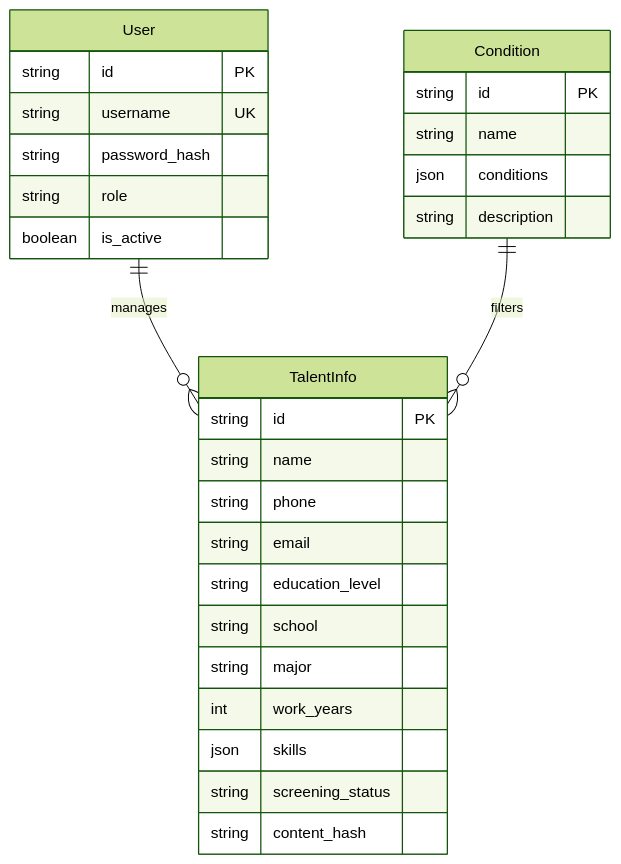
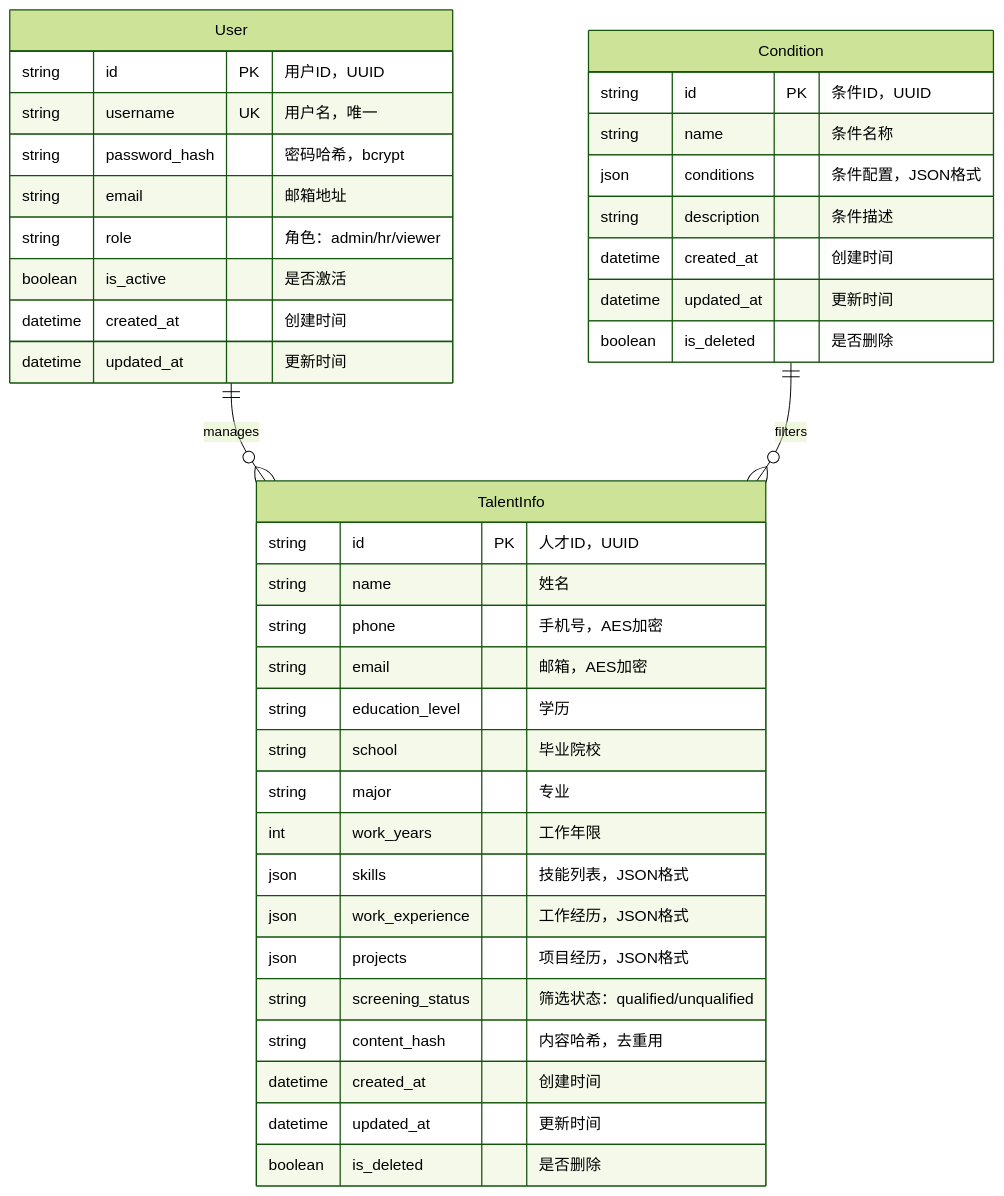
Before and after one commit to xt765/ResumeScreening: diagram 11 of 14 in README.md, drawn with Mermaid (forest theme). The commit also changed other lines of this file and 2 other files, not shown here.

First line of the commit message:
docs: README添加详细文字讲解，实现图文并茂

````diff
--- a/README.md
+++ b/README.md
@@ -346,34 +567,45 @@
 ```mermaid
 erDiagram
     User ||--o{ TalentInfo : manages
     Condition ||--o{ TalentInfo : filters
     
     User {
-        string id PK
-        string username UK
-        string password_hash
-        string role
-        boolean is_active
+        string id PK "用户ID，UUID"
+        string username UK "用户名，唯一"
+        string password_hash "密码哈希，bcrypt"
+        string email "邮箱地址"
+        string role "角色：admin/hr/viewer"
+        boolean is_active "是否激活"
+        datetime created_at "创建时间"
+        datetime updated_at "更新时间"
     }
     
     TalentInfo {
-        string id PK
-        string name
-        string phone
-        string email
-        string education_level
-        string school
-        string major
-        int work_years
-        json skills
-        string screening_status
-        string content_hash
+        string id PK "人才ID，UUID"
+        string name "姓名"
+        string phone "手机号，AES加密"
+        string email "邮箱，AES加密"
+        string education_level "学历"
+        string school "毕业院校"
+        string major "专业"
+        int work_years "工作年限"
+        json skills "技能列表，JSON格式"
+        json work_experience "工作经历，JSON格式"
+        json projects "项目经历，JSON格式"
+        string screening_status "筛选状态：qualified/unqualified"
+        string content_hash "内容哈希，去重用"
+        datetime created_at "创建时间"
+        datetime updated_at "更新时间"
+        boolean is_deleted "是否删除"
     }
     
     Condition {
-        string id PK
-        string name
-        json conditions
-        string description
+        string id PK "条件ID，UUID"
+        string name "条件名称"
+        json conditions "条件配置，JSON格式"
+        string description "条件描述"
+        datetime created_at "创建时间"
+        datetime updated_at "更新时间"
+        boolean is_deleted "是否删除"
     }
 ```
````
